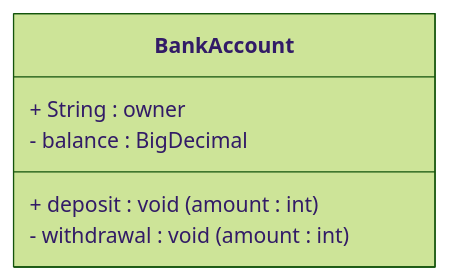
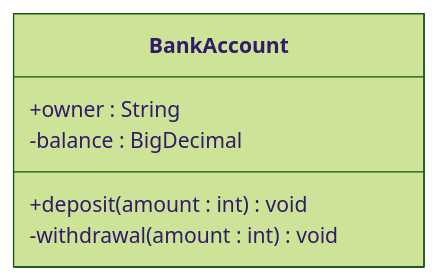
One commit to Davin1404/IB-Computer-Science changed the second of 2 diagrams in Option D - Object-Oriented Programming.md. Above: the diagram before and after it, drawn with Mermaid (forest theme). The commit also changed other lines of this file, not shown here.

Commit message:
Update Option D

````diff
--- a/Option D - Object-Oriented Programming.md
+++ b/Option D - Object-Oriented Programming.md
@@ -15,8 +13,9 @@
 ```mermaid
 classDiagram
-class BankAccount
-BankAccount : +#nbsp;String#nbsp;#58;#nbsp;owner
-BankAccount : -#nbsp;balance#nbsp;#58;#nbsp;BigDecimal
-BankAccount : +#nbsp;deposit#nbsp;#58;#nbsp;void#nbsp;(amount#nbsp;#58;#nbsp;int)
-BankAccount : -#nbsp;withdrawal#nbsp;#58;#nbsp;void#nbsp;(amount#nbsp;#58;#nbsp;int)
+class BankAccount{
+	+owner : String
+	-balance : BigDecimal
+	+deposit(amount : int) void
+	-withdrawal(amount : int) void
+}
 ```
````
